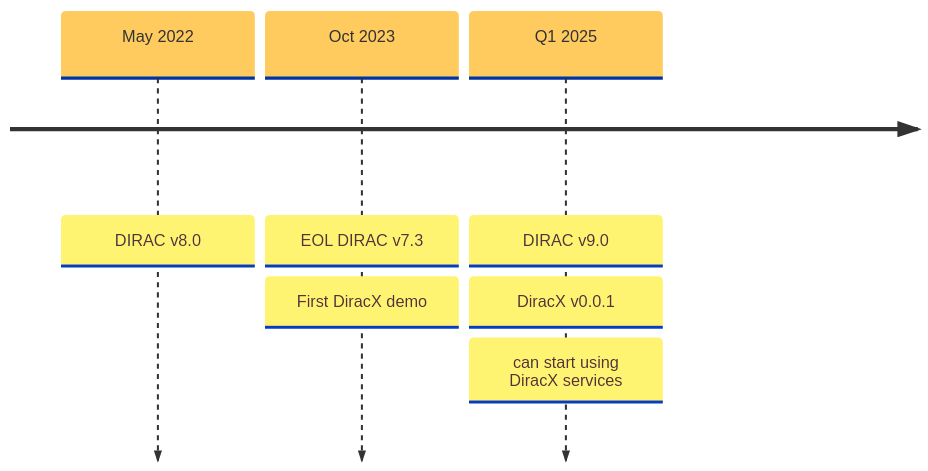
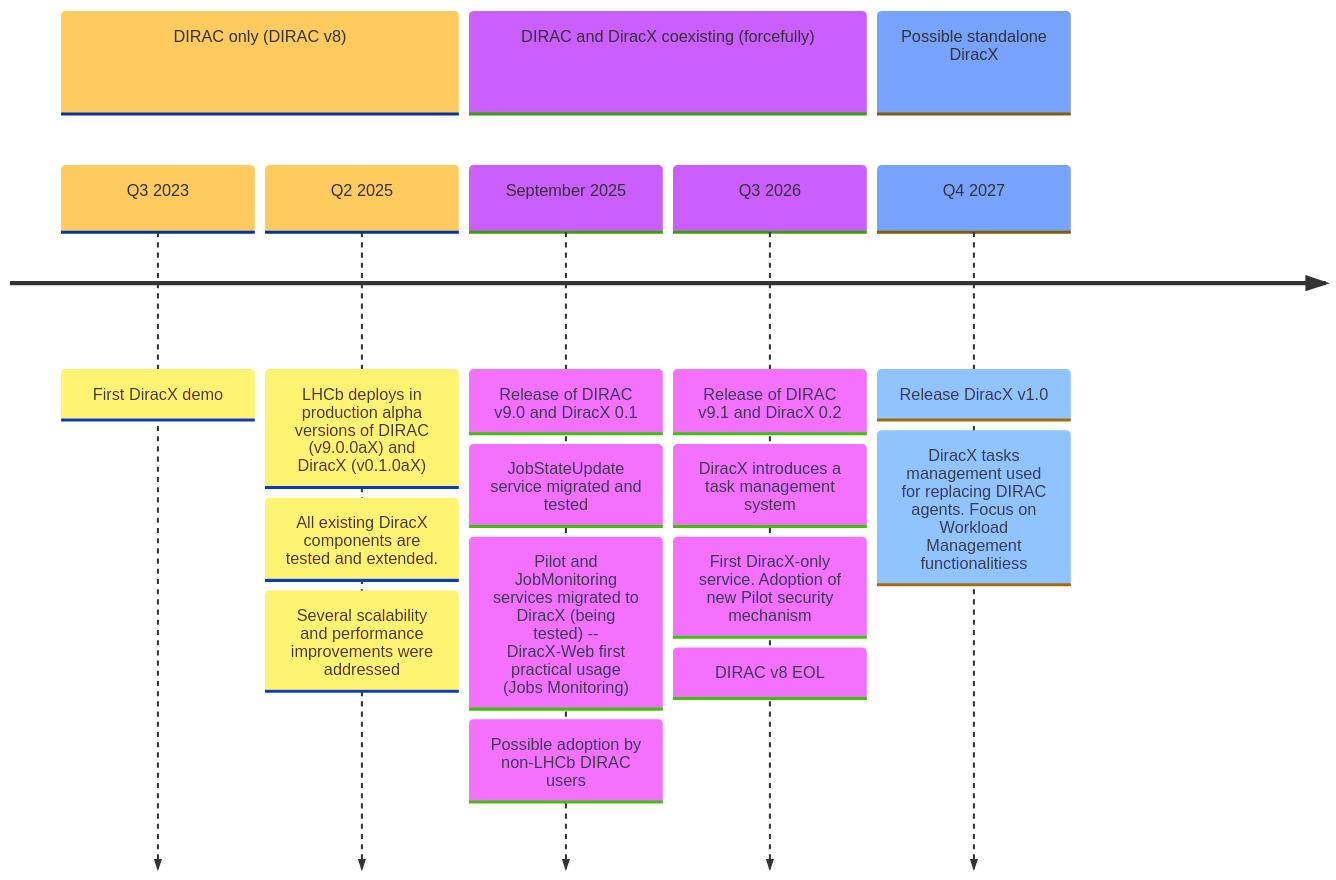
Before and after one commit to fstagni/2025_DUW_main: the diagram in slides.md, drawn with Mermaid. The commit also changed other lines of this file and 1 other file, not shown here.

Commit message:
first version

````diff
--- a/slides.md
+++ b/slides.md
@@ -62,10 +45,21 @@
-```mermaid
+```mermaid {scale:0.7}
 %%{init: { 'logLevel': 'debug', 'theme': 'base', 'timeline': {'disableMulticolor': true}}}%%
-timeline
-    May 2022 : DIRAC v8.0
-    Oct 2023 : EOL DIRAC v7.3
-             : First DiracX demo
-    Q1 2025  : DIRAC v9.0
-             : DiracX v0.0.1
-             : can start using DiracX services
+    timeline
+        section DIRAC only (DIRAC v8)
+            Q3 2023 : First DiracX demo
+            Q2 2025 : LHCb deploys in production alpha versions of DIRAC (v9.0.0aX) and DiracX (v0.1.0aX)
+                    : All existing DiracX components are tested and extended.
+                    : Several scalability and performance improvements were addressed
+        section DIRAC and DiracX coexisting (forcefully)
+            September 2025 : Release of DIRAC v9.0 and DiracX 0.1
+                           : JobStateUpdate service migrated and tested
+                           : Pilot and JobMonitoring services migrated to DiracX (being tested) -- DiracX-Web first practical usage (Jobs Monitoring)
+                           : Possible adoption by non-LHCb DIRAC users
+            Q3 2026 : Release of DIRAC v9.1 and DiracX 0.2
+                    : DiracX introduces a task management system
+                    : First DiracX-only service. Adoption of new Pilot security mechanism
+                    : DIRAC v8 EOL
+        section Possible standalone DiracX
+            Q4 2027 : Release DiracX v1.0
+                    : DiracX tasks management used for replacing DIRAC agents. Focus on Workload Management functionalitiess
 ```
````
